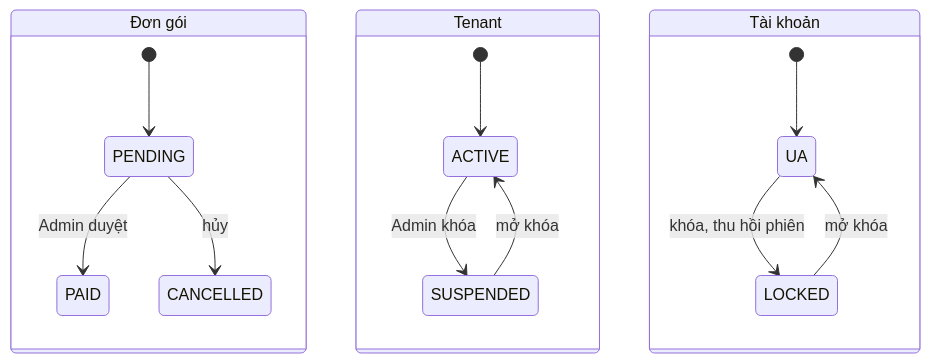
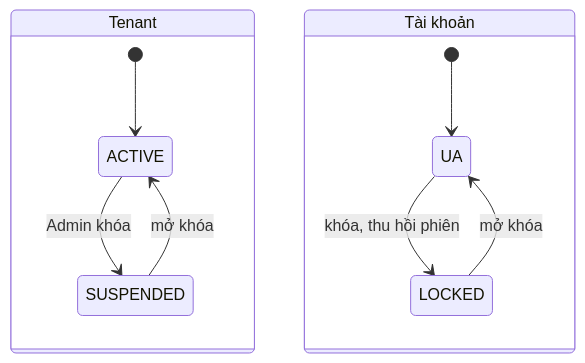
Before and after one commit to TrungHieu-09/SpotWay-FE: diagram 12 of 18 in docs/SpotWay-Diagrams.md, drawn with Mermaid. The commit also changed other lines of this file and 3 other files, not shown here.

````diff
--- a/docs/SpotWay-Diagrams.md
+++ b/docs/SpotWay-Diagrams.md
@@ -460,18 +456,13 @@
 ```mermaid
 stateDiagram-v2
-  state "Đơn gói" as O {
-    [*] --> PENDING
-    PENDING --> PAID: Admin duyệt
-    PENDING --> CANCELLED: hủy
-  }
   state "Tenant" as T {
     [*] --> ACTIVE
     ACTIVE --> SUSPENDED: Admin khóa
     SUSPENDED --> ACTIVE: mở khóa
   }
   state "Tài khoản" as U {
     [*] --> UA
     UA --> LOCKED: khóa, thu hồi phiên
     LOCKED --> UA: mở khóa
   }
 ```
````
